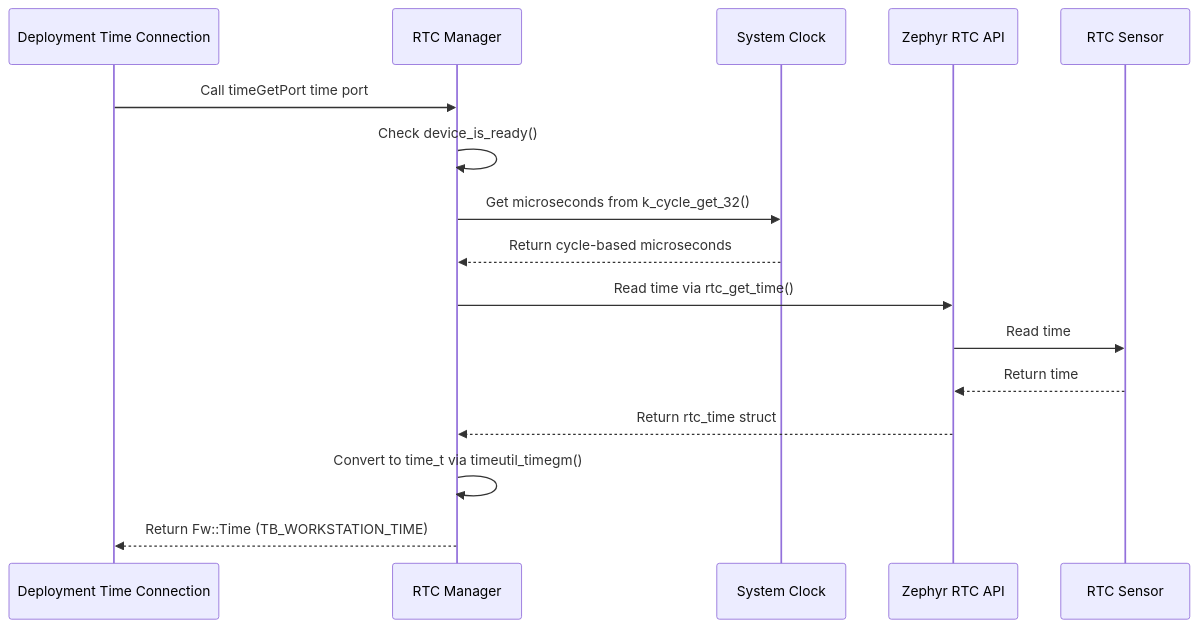
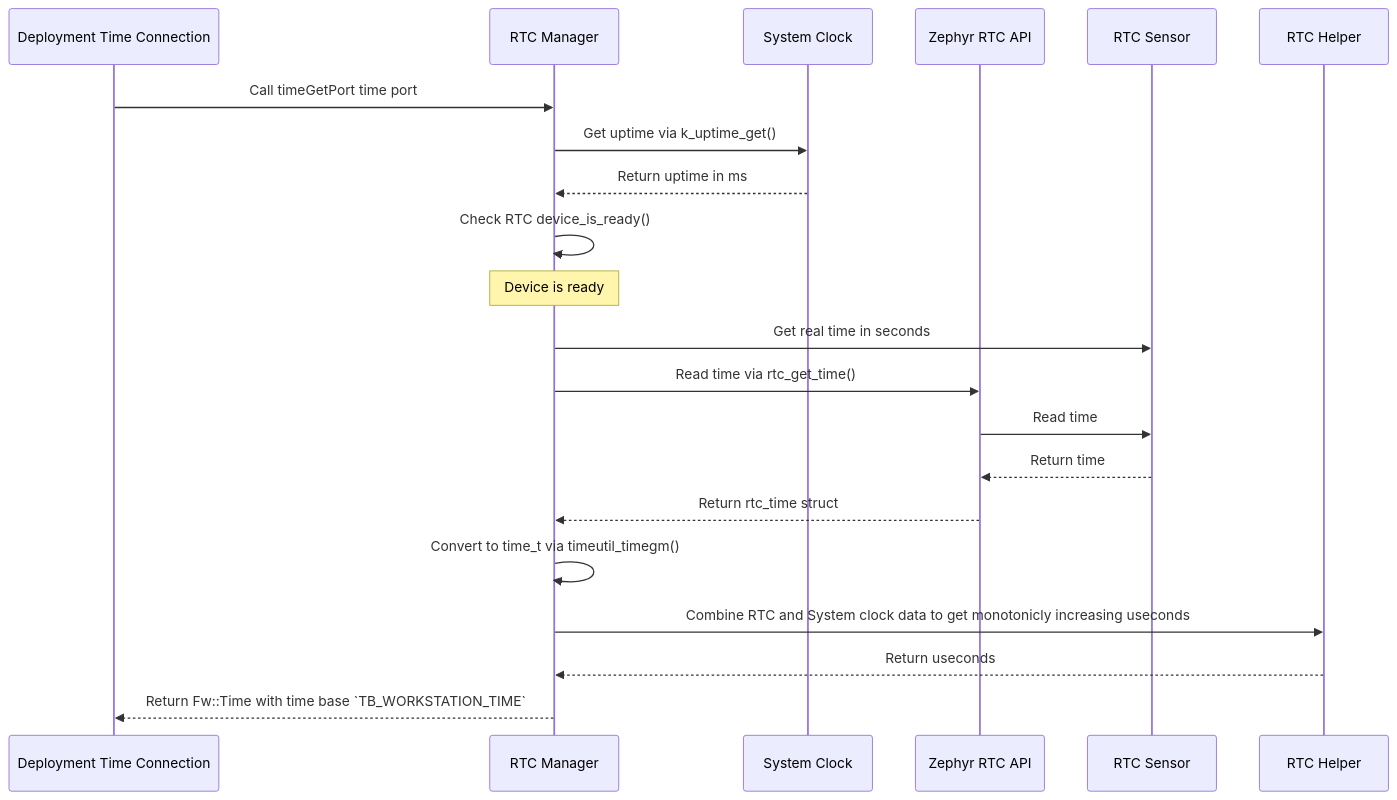
The third of 8 diagrams in FprimeZephyrReference/Components/Drv/RtcManager/docs/sdd.md (Open-Source-Space-Foundation/proves-core-reference), drawn with Mermaid before and after one commit. The commit also changed other lines of this file and 14 other files, not shown here.

````diff
--- a/FprimeZephyrReference/Components/Drv/RtcManager/docs/sdd.md
+++ b/FprimeZephyrReference/Components/Drv/RtcManager/docs/sdd.md
@@ -97,18 +137,23 @@
 ```mermaid
 sequenceDiagram
     participant Deployment Time Connection
     participant RTC Manager
     participant System Clock
     participant Zephyr RTC API
     participant RTC Sensor
+
     Deployment Time Connection->>RTC Manager: Call timeGetPort time port
-    RTC Manager->>RTC Manager: Check device_is_ready()
-    RTC Manager->>System Clock: Get microseconds from k_cycle_get_32()
-    System Clock-->>RTC Manager: Return cycle-based microseconds
+    RTC Manager->>System Clock: Get uptime via k_uptime_get()
+    System Clock-->>RTC Manager: Return uptime in ms
+    RTC Manager->>RTC Manager: Check RTC device_is_ready()
+    Note over RTC Manager: Device is ready
+    RTC Manager->>RTC Sensor: Get real time in seconds
     RTC Manager->>Zephyr RTC API: Read time via rtc_get_time()
     Zephyr RTC API->>RTC Sensor: Read time
     RTC Sensor-->>Zephyr RTC API: Return time
     Zephyr RTC API-->>RTC Manager: Return rtc_time struct
     RTC Manager->>RTC Manager: Convert to time_t via timeutil_timegm()
-    RTC Manager-->>Deployment Time Connection: Return Fw::Time (TB_WORKSTATION_TIME)
+    RTC Manager->>RTC Helper: Combine RTC and System clock data to get monotonicly increasing useconds
+    RTC Helper-->>RTC Manager: Return useconds
+    RTC Manager-->>Deployment Time Connection: Return Fw::Time with time base `TB_WORKSTATION_TIME`
 ```
````
